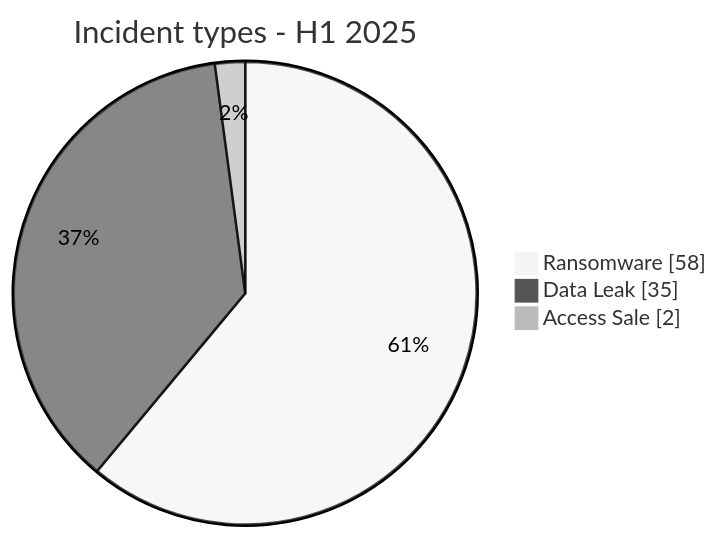
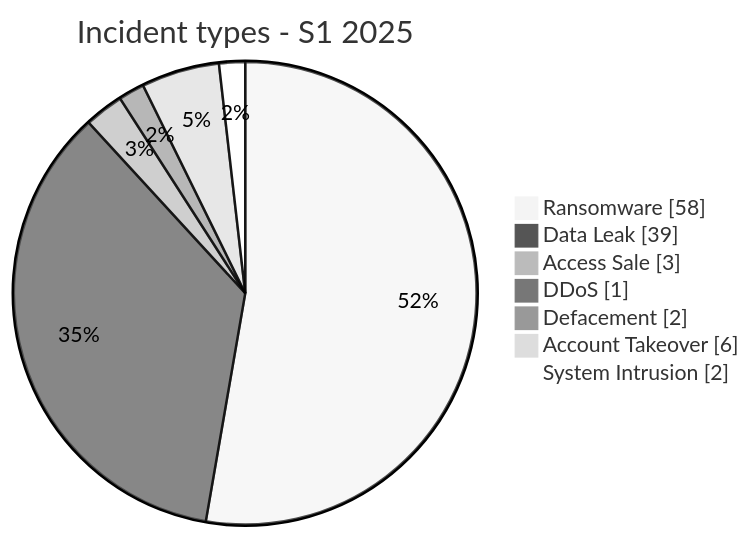
Before and after one commit to Hatchepsoute/AFRINTEL: the second of 2 diagrams in CyberAttackAfrica/2025/README_H1.md, drawn with Mermaid (neutral theme). The commit also changed other lines of this file and 73 other files, not shown here.

````diff
--- a/CyberAttackAfrica/2025/README_H1.md
+++ b/CyberAttackAfrica/2025/README_H1.md
@@ -62,7 +106,11 @@
 ```mermaid
 pie showData
-    title Incident types - H1 2025
+    title Incident types - S1 2025
     "Ransomware" : 58
-    "Data Leak" : 35
-    "Access Sale" : 2
+    "Data Leak" : 39
+    "Access Sale" : 3
+    "DDoS" : 1
+    "Defacement" : 2
+    "Account Takeover" : 6
+    "System Intrusion" : 2
 ```
````
